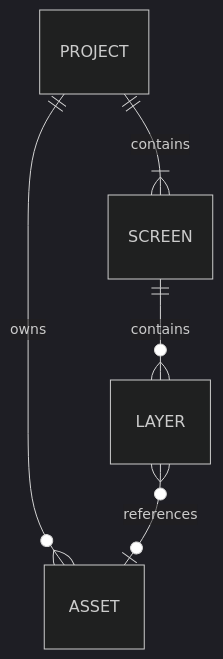
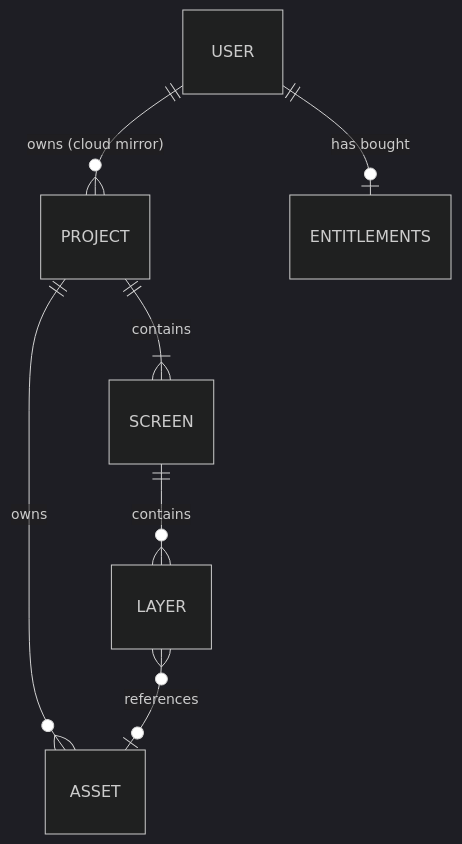
The diagram in aidd_docs/memory/database.md (neogenz/screenforge), drawn with Mermaid (dark theme) before and after one commit. The commit also changed other lines of this file and 5 other files, not shown here.

````diff
--- a/aidd_docs/memory/database.md
+++ b/aidd_docs/memory/database.md
@@ -10,7 +11,9 @@
 ```mermaid
 erDiagram
     PROJECT ||--|{ SCREEN : contains
     PROJECT ||--o{ ASSET : owns
     SCREEN ||--o{ LAYER : contains
     LAYER }o--o| ASSET : references
+    USER ||--o{ PROJECT : "owns (cloud mirror)"
+    USER ||--o| ENTITLEMENTS : "has bought"
 ```
````
